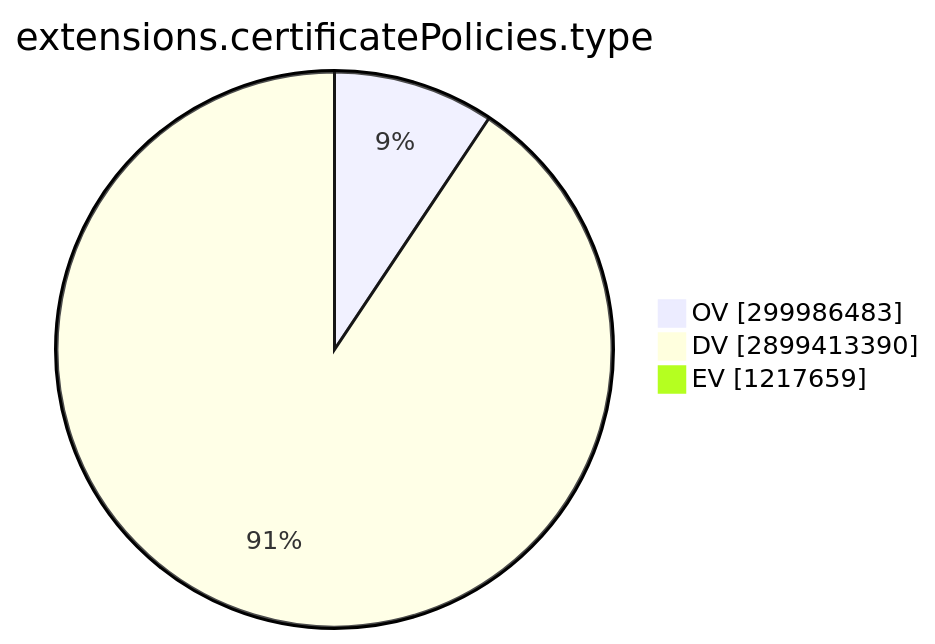
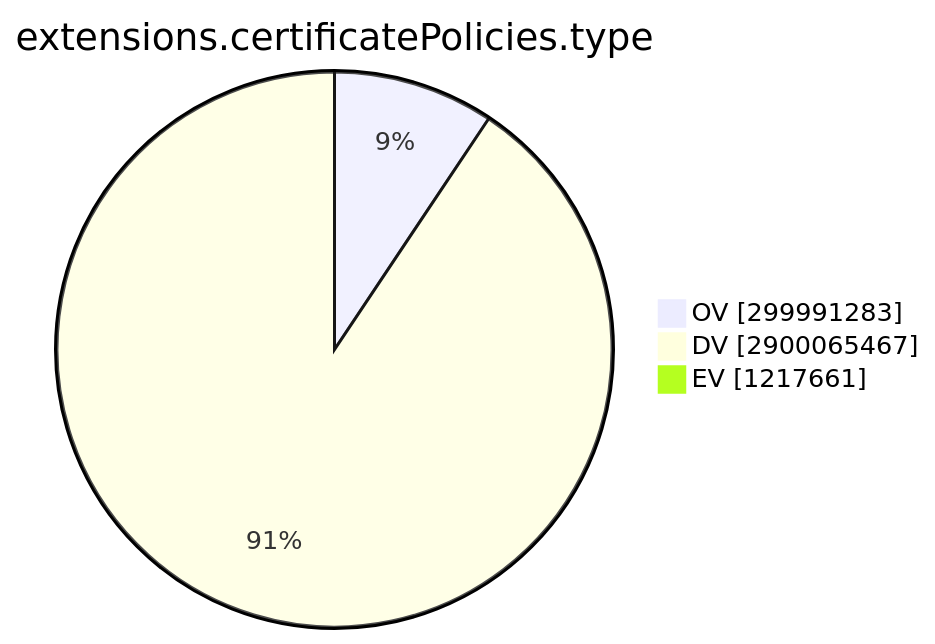
One commit to christiankrug/ctmonitor_visualization changed the ninth of 15 diagrams in TOTAL/README.md. Above: the diagram before and after it, drawn with Mermaid. The commit also changed other lines of this file, not shown here.

````diff
--- a/TOTAL/README.md
+++ b/TOTAL/README.md
@@ -3101,7 +3101,7 @@
 ```mermaid
 pie showData
 title extensions.certificatePolicies.type
-"OV" :299986483
-"DV" :2899413390
-"EV" :1217659
+"OV" :299991283
+"DV" :2900065467
+"EV" :1217661
 ```
````
